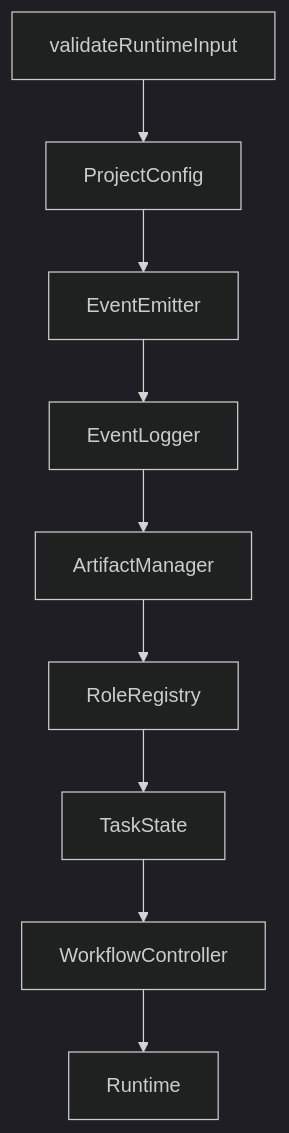
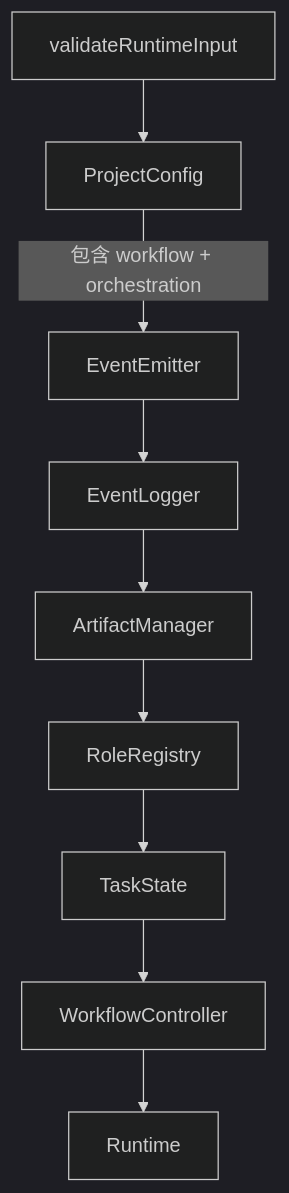
One commit to AryzingKhaos/AegisFlow changed the eighth of 17 diagrams in roleflow/implementation/0.1.0/delivery/default-workflow-intake-layer-code-walkthrough.md. Above: the diagram before and after it, drawn with Mermaid (dark theme). The commit also changed other lines of this file and 10 other files, not shown here.

````diff
--- a/roleflow/implementation/0.1.0/delivery/default-workflow-intake-layer-code-walkthrough.md
+++ b/roleflow/implementation/0.1.0/delivery/default-workflow-intake-layer-code-walkthrough.md
@@ -210,11 +216,11 @@
 ```mermaid
 flowchart TD
     A[validateRuntimeInput] --> B[ProjectConfig]
-    B --> C[EventEmitter]
+    B -->|包含 workflow + orchestration| C[EventEmitter]
     C --> D[EventLogger]
     D --> E[ArtifactManager]
     E --> F[RoleRegistry]
     F --> G[TaskState]
     G --> H[WorkflowController]
     H --> I[Runtime]
 ```
````
